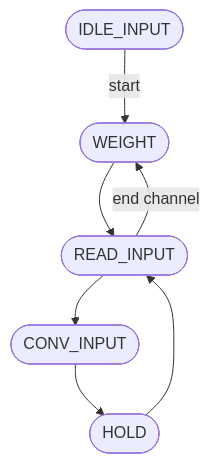
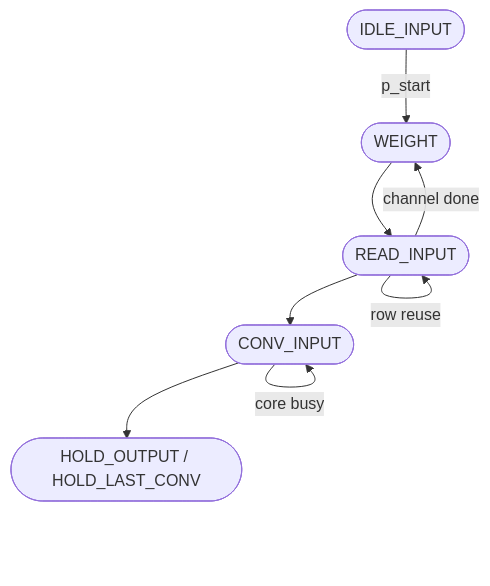
Before and after one commit to tarsioonofrio/FastConv_SystemVerilog: the first of 2 diagrams in rtl/control-sum/README.md, drawn with Mermaid. The commit also changed other lines of this file and 1 other file, not shown here.

````diff
--- a/rtl/control-sum/README.md
+++ b/rtl/control-sum/README.md
@@ -56,6 +68,7 @@
 ```mermaid
 flowchart TB
-    I(["IDLE_INPUT"]) --> |"start"| W(["WEIGHT"]) --> R(["READ_INPUT"]) --> C(["CONV_INPUT"]) --> H(["HOLD"])
-    H --> R
-    R --> |"end channel"| W
+    I(["IDLE_INPUT"]) --> |"p_start"| W(["WEIGHT"]) --> R(["READ_INPUT"]) --> C(["CONV_INPUT"]) --> H(["HOLD_OUTPUT / HOLD_LAST_CONV"])
+    R --> |"row reuse"| R
+    R --> |"channel done"| W
+    C --> |"core busy"| C
 ```
````
